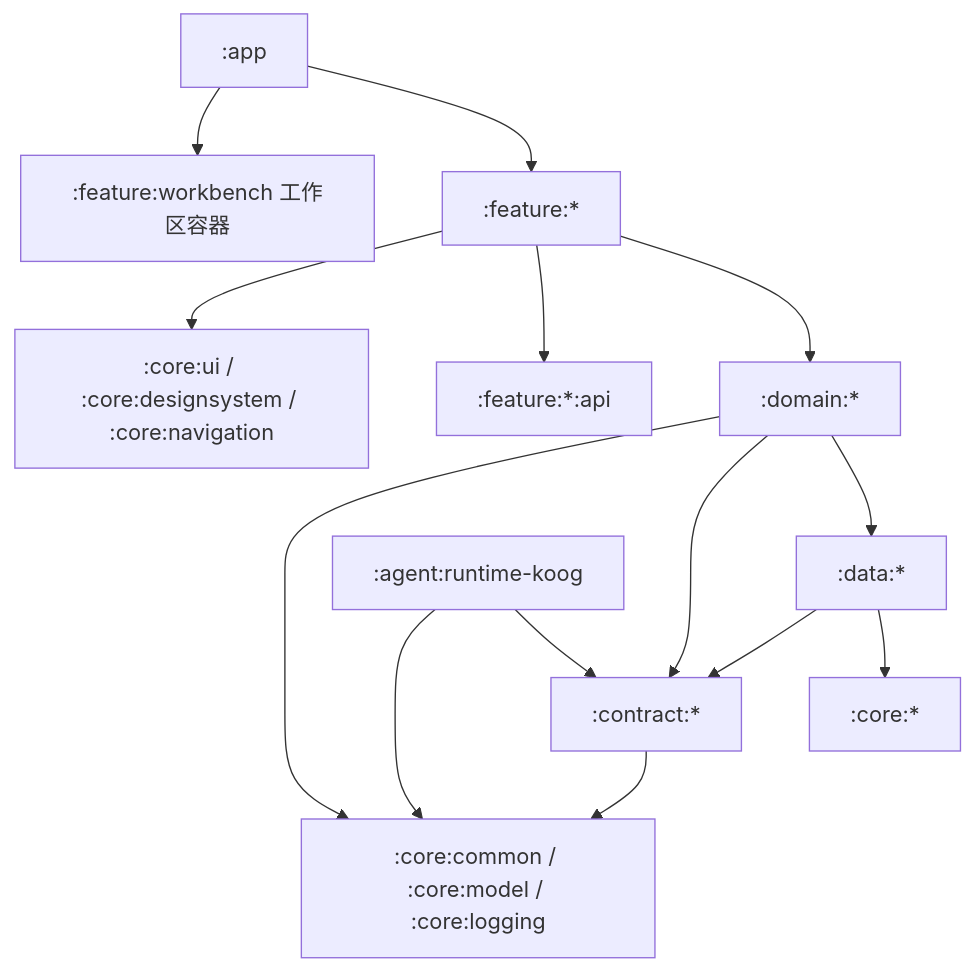
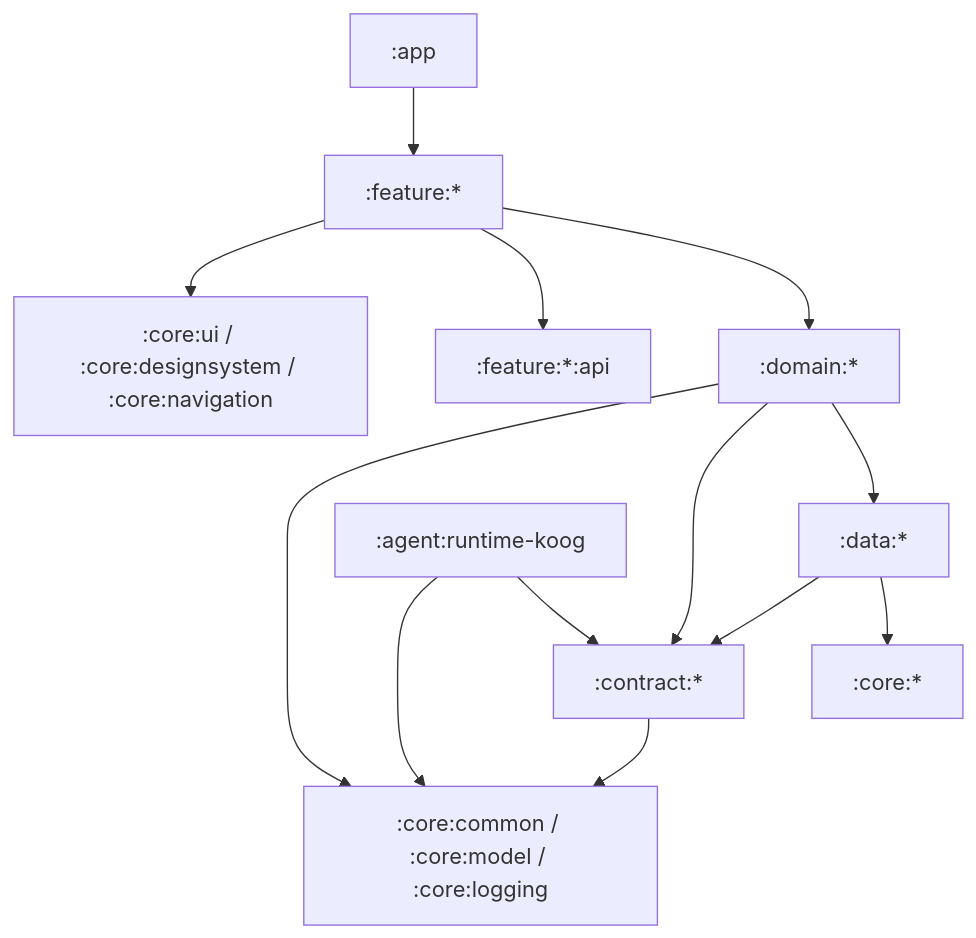
The diagram in ARCHITECTURE.md (yclw/new-advd), drawn with Mermaid before and after one commit. The commit also changed other lines of this file and 48 other files, not shown here.

Commit message:
feat(workbench): replace placeholder container with four feature routes

````diff
--- a/ARCHITECTURE.md
+++ b/ARCHITECTURE.md
@@ -38,20 +38,19 @@
 ```mermaid
 graph TD
     app[":app"] --> feature[":feature:*"]
-    app --> workbench[":feature:workbench 工作区容器"]
 
     feature --> domain[":domain:*"]
     feature --> featureApi[":feature:*:api"]
     feature --> uiCore[":core:ui / :core:designsystem / :core:navigation"]
 
     domain --> data[":data:*"]
     domain --> contract[":contract:*"]
     domain --> common[":core:common / :core:model / :core:logging"]
 
     data --> core[":core:*"]
     data --> contract
 
     agentRuntime[":agent:runtime-koog"] --> contract
     agentRuntime --> common
     contract --> common
 ```
````
